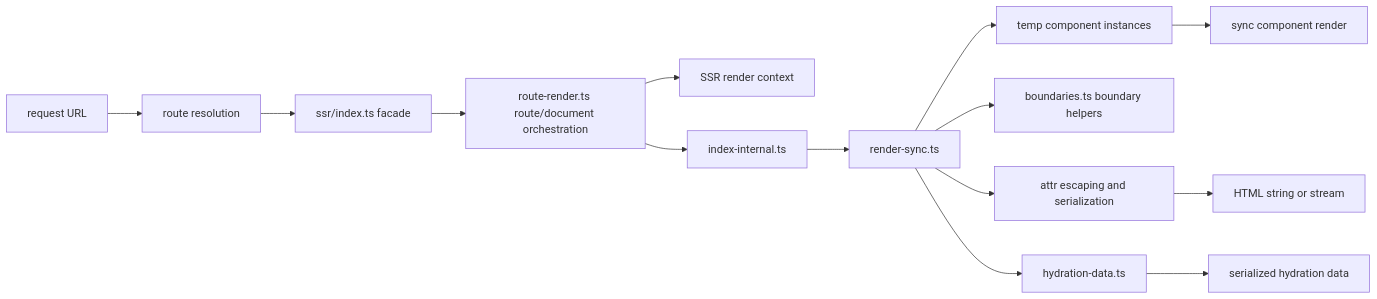
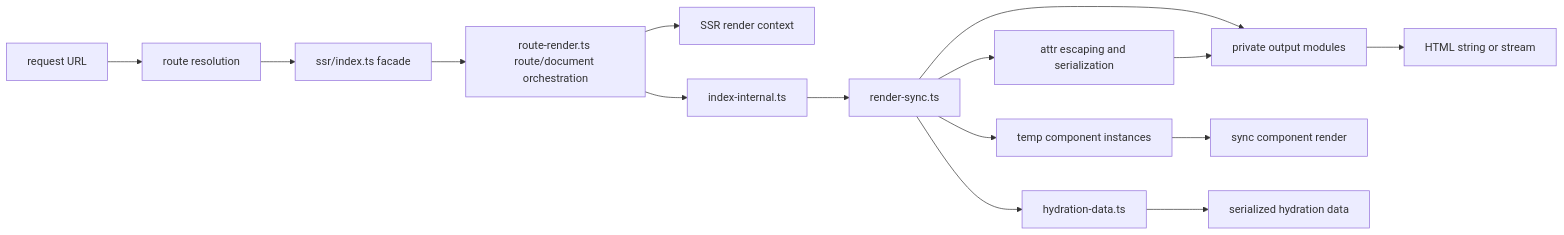
One commit to askrjs/askr changed the second of 7 diagrams in docs/internals/ssr-ssg-pipeline.md. Above: the diagram before and after it, drawn with Mermaid. The commit also changed other lines of this file and 7 other files, not shown here.

````diff
--- a/docs/internals/ssr-ssg-pipeline.md
+++ b/docs/internals/ssr-ssg-pipeline.md
@@ -33,31 +33,32 @@
 ```mermaid
 flowchart LR
   url[request URL]
   routeResolve[route resolution]
   ssrContext[SSR render context]
   facade[ssr/index.ts facade]
   routeRender[route-render.ts route/document orchestration]
   internal[index-internal.ts]
   renderSync[render-sync.ts]
   hydrationData[hydration-data.ts]
-  boundaries[boundaries.ts boundary helpers]
+  output[private output modules]
   componentInstance[temp component instances]
   syncRender[sync component render]
   attrs[attr escaping and serialization]
   html[HTML string or stream]
   hydrateData[serialized hydration data]
 
   url --> routeResolve
   routeResolve --> facade
   facade --> routeRender
   routeRender --> ssrContext
   routeRender --> internal
   internal --> renderSync
-  renderSync --> boundaries
+  renderSync --> output
   renderSync --> componentInstance
   componentInstance --> syncRender
   renderSync --> attrs
-  attrs --> html
+  attrs --> output
+  output --> html
   renderSync --> hydrationData
   hydrationData --> hydrateData
 ```
````
